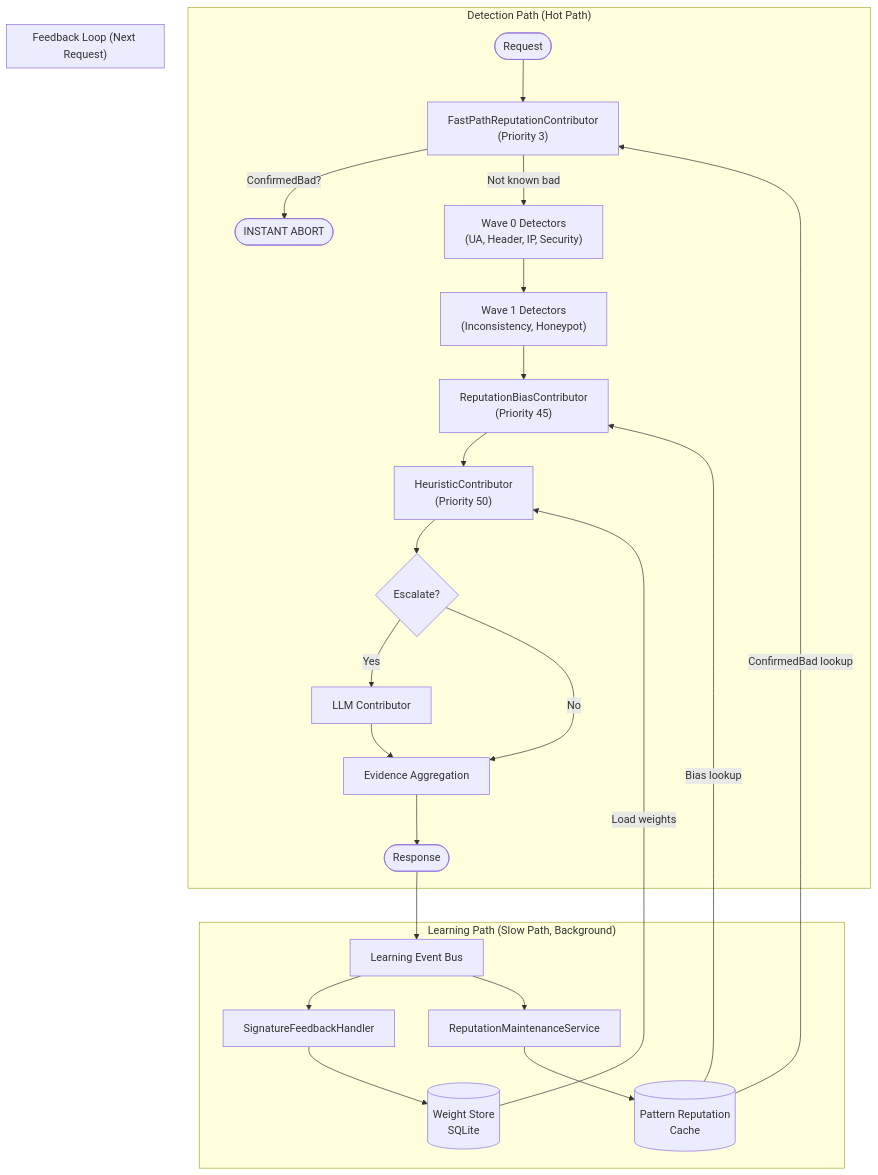
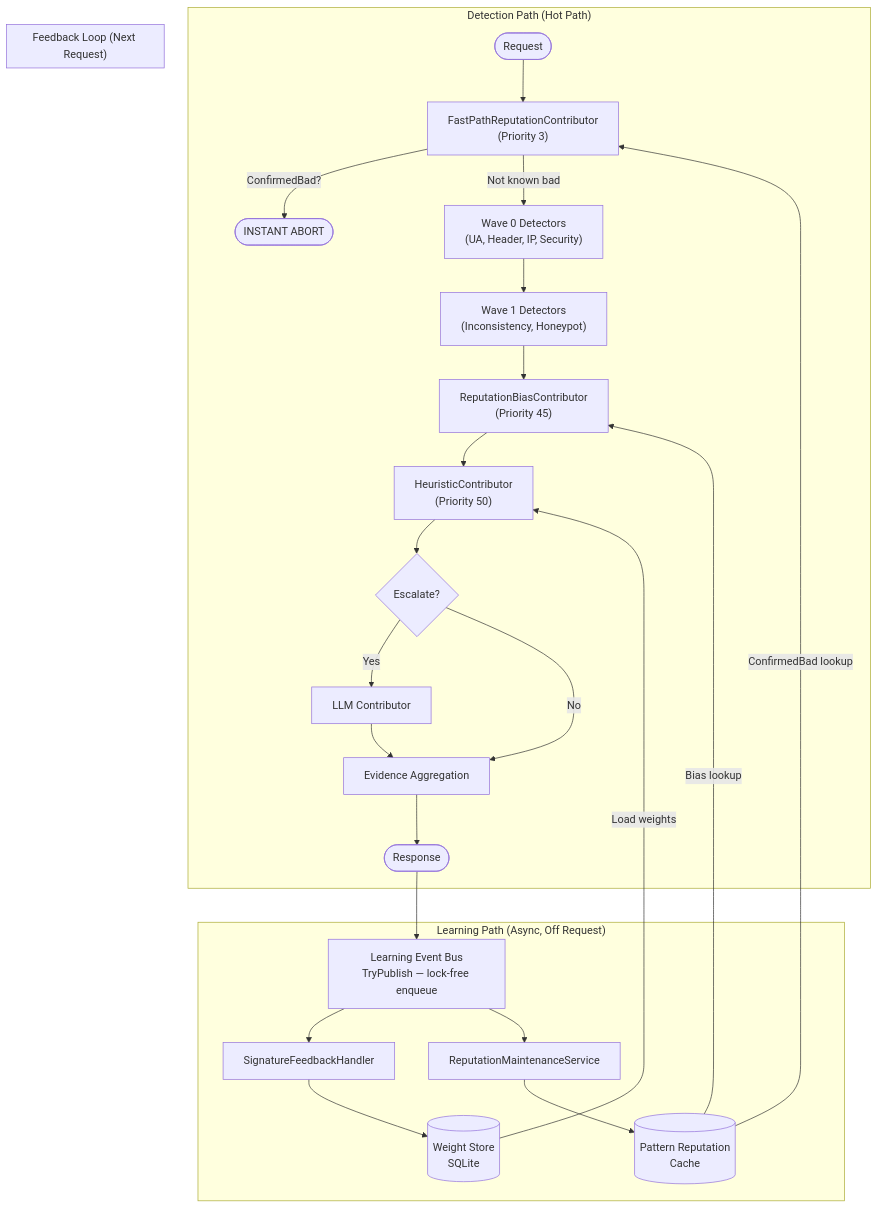
One commit to scottgal/stylobot changed the first of 6 diagrams in src/Mostlylucid.BotDetection/docs/learning-and-reputation.md. Above: the diagram before and after it, drawn with Mermaid. The commit also changed other lines of this file and 19 other files, not shown here.

````diff
--- a/src/Mostlylucid.BotDetection/docs/learning-and-reputation.md
+++ b/src/Mostlylucid.BotDetection/docs/learning-and-reputation.md
@@ -18,30 +18,30 @@
 ```mermaid
 flowchart TB
     subgraph Detection["Detection Path (Hot Path)"]
         Request([Request]) --> FastPath["FastPathReputationContributor<br/>(Priority 3)"]
         FastPath -->|ConfirmedBad?| Abort([INSTANT ABORT])
         FastPath -->|Not known bad| Wave0["Wave 0 Detectors<br/>(UA, Header, IP, Security)"]
         Wave0 --> Wave1["Wave 1 Detectors<br/>(Inconsistency, Honeypot)"]
         Wave1 --> Bias["ReputationBiasContributor<br/>(Priority 45)"]
         Bias --> Heuristic["HeuristicContributor<br/>(Priority 50)"]
         Heuristic --> AI{Escalate?}
         AI -->|Yes| LLM["LLM Contributor"]
         AI -->|No| Aggregate
         LLM --> Aggregate
         Aggregate[Evidence Aggregation] --> Response([Response])
     end
 
-    subgraph Learning["Learning Path (Slow Path, Background)"]
-        Response --> Bus[Learning Event Bus]
+    subgraph Learning["Learning Path (Async, Off Request)"]
+        Response --> Bus[Learning Event Bus<br/>TryPublish — lock-free enqueue]
         Bus --> SigHandler[SignatureFeedbackHandler]
         Bus --> RepHandler[ReputationMaintenanceService]
         SigHandler --> WeightStore[(Weight Store<br/>SQLite)]
         RepHandler --> RepCache[(Pattern Reputation<br/>Cache)]
     end
 
     subgraph FeedbackLoop["Feedback Loop (Next Request)"]
         WeightStore --> |Load weights| Heuristic
         RepCache --> |ConfirmedBad lookup| FastPath
         RepCache --> |Bias lookup| Bias
     end
 ```
````
